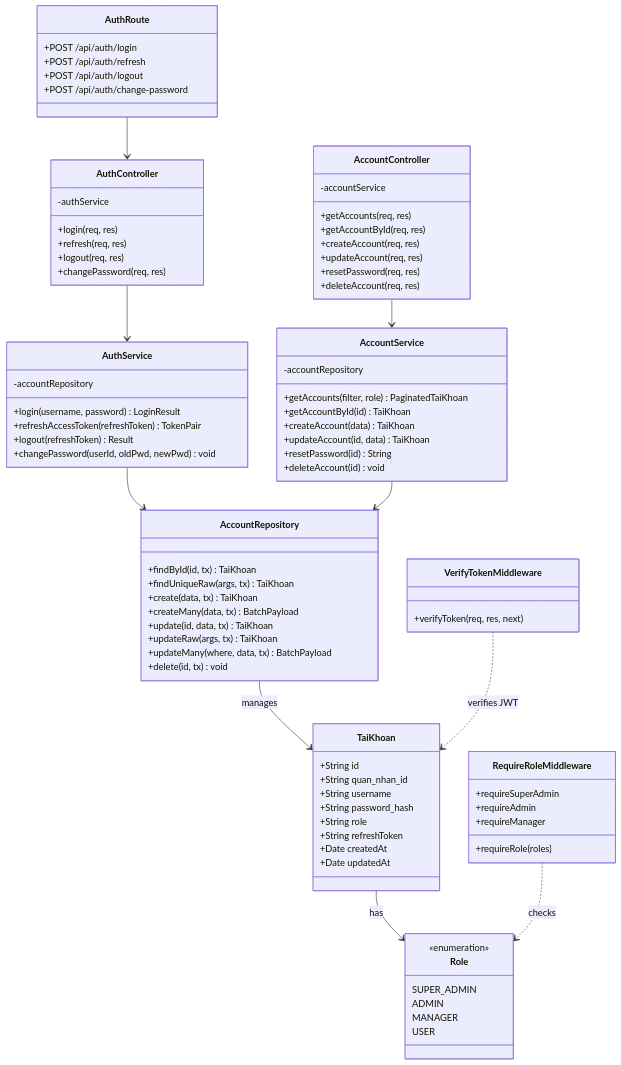
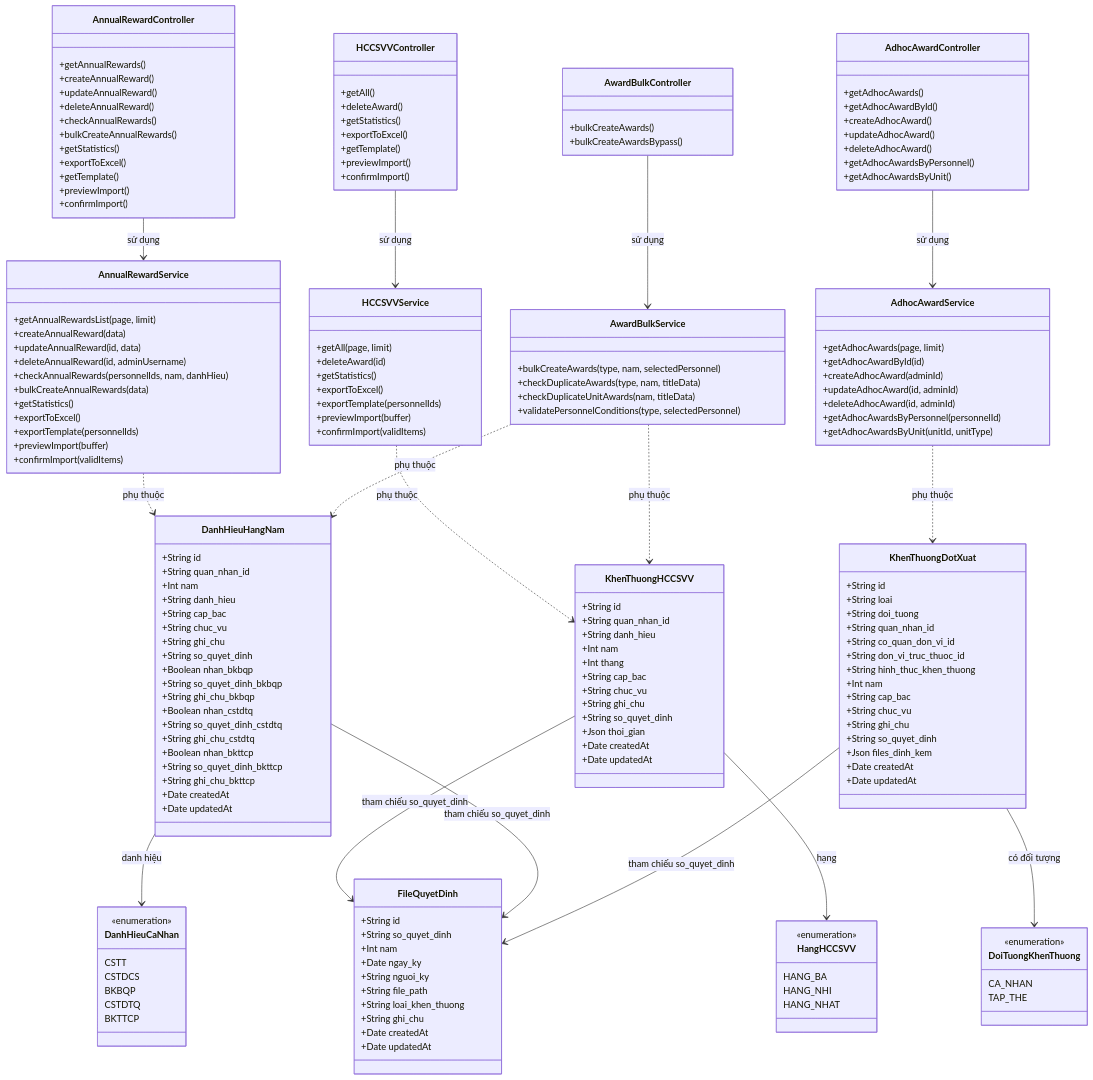
The fifth of 6 diagrams in docs/diagrams/04-class.md (tranducbk/DATN_PM_QLKT), drawn with Mermaid before and after one commit. The commit also changed other lines of this file and 123 other files, not shown here.

````diff
--- a/docs/diagrams/04-class.md
+++ b/docs/diagrams/04-class.md
@@ -348,96 +287,188 @@
 ```mermaid
 classDiagram
-    class TaiKhoan {
+    class DanhHieuHangNam {
         +String id
         +String quan_nhan_id
-        +String username
-        +String password_hash
-        +String role
-        +String refreshToken
+        +Int nam
+        +String danh_hieu
+        +String cap_bac
+        +String chuc_vu
+        +String ghi_chu
+        +String so_quyet_dinh
+        +Boolean nhan_bkbqp
+        +String so_quyet_dinh_bkbqp
+        +String ghi_chu_bkbqp
+        +Boolean nhan_cstdtq
+        +String so_quyet_dinh_cstdtq
+        +String ghi_chu_cstdtq
+        +Boolean nhan_bkttcp
+        +String so_quyet_dinh_bkttcp
+        +String ghi_chu_bkttcp
         +Date createdAt
         +Date updatedAt
     }
 
-    class Role {
-        <<enumeration>>
-        SUPER_ADMIN
-        ADMIN
-        MANAGER
-        USER
+    class KhenThuongHCCSVV {
+        +String id
+        +String quan_nhan_id
+        +String danh_hieu
+        +Int nam
+        +Int thang
+        +String cap_bac
+        +String chuc_vu
+        +String ghi_chu
+        +String so_quyet_dinh
+        +Json thoi_gian
+        +Date createdAt
+        +Date updatedAt
     }
 
-    class AuthRoute {
-        +POST /api/auth/login
-        +POST /api/auth/refresh
-        +POST /api/auth/logout
-        +POST /api/auth/change-password
+    class FileQuyetDinh {
+        +String id
+        +String so_quyet_dinh
+        +Int nam
+        +Date ngay_ky
+        +String nguoi_ky
+        +String file_path
+        +String loai_khen_thuong
+        +String ghi_chu
+        +Date createdAt
+        +Date updatedAt
     }
 
-    class AuthController {
-        -authService
-        +login(req, res)
-        +refresh(req, res)
-        +logout(req, res)
-        +changePassword(req, res)
+    class DanhHieuCaNhan {
+        <<enumeration>>
+        CSTT
+        CSTDCS
+        BKBQP
+        CSTDTQ
+        BKTTCP
     }
 
-    class AuthService {
-        -accountRepository
-        +login(username, password) LoginResult
-        +refreshAccessToken(refreshToken) TokenPair
-        +logout(refreshToken) Result
-        +changePassword(userId, oldPwd, newPwd) void
+    class HangHCCSVV {
+        <<enumeration>>
+        HANG_BA
+        HANG_NHI
+        HANG_NHAT
     }
 
-    class AccountController {
-        -accountService
-        +getAccounts(req, res)
-        +getAccountById(req, res)
-        +createAccount(req, res)
-        +updateAccount(req, res)
-        +resetPassword(req, res)
-        +deleteAccount(req, res)
+    class AnnualRewardController {
+        +getAnnualRewards()
+        +createAnnualReward()
+        +updateAnnualReward()
+        +deleteAnnualReward()
+        +checkAnnualRewards()
+        +bulkCreateAnnualRewards()
+        +getStatistics()
+        +exportToExcel()
+        +getTemplate()
+        +previewImport()
+        +confirmImport()
     }
 
-    class AccountService {
-        -accountRepository
-        +getAccounts(filter, role) PaginatedTaiKhoan
-        +getAccountById(id) TaiKhoan
-        +createAccount(data) TaiKhoan
-        +updateAccount(id, data) TaiKhoan
-        +resetPassword(id) String
-        +deleteAccount(id) void
+    class AnnualRewardService {
+        +getAnnualRewardsList(page, limit)
+        +createAnnualReward(data)
+        +updateAnnualReward(id, data)
+        +deleteAnnualReward(id, adminUsername)
+        +checkAnnualRewards(personnelIds, nam, danhHieu)
+        +bulkCreateAnnualRewards(data)
+        +getStatistics()
+        +exportToExcel()
+        +exportTemplate(personnelIds)
+        +previewImport(buffer)
+        +confirmImport(validItems)
     }
 
-    class AccountRepository {
-        +findById(id, tx) TaiKhoan
-        +findUniqueRaw(args, tx) TaiKhoan
-        +create(data, tx) TaiKhoan
-        +createMany(data, tx) BatchPayload
-        +update(id, data, tx) TaiKhoan
-        +updateRaw(args, tx) TaiKhoan
-        +updateMany(where, data, tx) BatchPayload
-        +delete(id, tx) void
+    class HCCSVVController {
+        +getAll()
+        +deleteAward()
+        +getStatistics()
+        +exportToExcel()
+        +getTemplate()
+        +previewImport()
+        +confirmImport()
     }
 
-    class VerifyTokenMiddleware {
-        +verifyToken(req, res, next)
+    class HCCSVVService {
+        +getAll(page, limit)
+        +deleteAward(id)
+        +getStatistics()
+        +exportToExcel()
+        +exportTemplate(personnelIds)
+        +previewImport(buffer)
+        +confirmImport(validItems)
     }
 
-    class RequireRoleMiddleware {
-        +requireSuperAdmin
-        +requireAdmin
-        +requireManager
-        +requireRole(roles)
+    class AwardBulkController {
+        +bulkCreateAwards()
+        +bulkCreateAwardsBypass()
     }
 
-    TaiKhoan --> Role : has
-    AuthRoute --> AuthController
-    AuthController --> AuthService
-    AuthService --> AccountRepository
-    AccountController --> AccountService
-    AccountService --> AccountRepository
-    AccountRepository --> TaiKhoan : manages
-    VerifyTokenMiddleware ..> TaiKhoan : verifies JWT
-    RequireRoleMiddleware ..> Role : checks
+    class AwardBulkService {
+        +bulkCreateAwards(type, nam, selectedPersonnel)
+        +checkDuplicateAwards(type, nam, titleData)
+        +checkDuplicateUnitAwards(nam, titleData)
+        +validatePersonnelConditions(type, selectedPersonnel)
+    }
+
+    class KhenThuongDotXuat {
+        +String id
+        +String loai
+        +String doi_tuong
+        +String quan_nhan_id
+        +String co_quan_don_vi_id
+        +String don_vi_truc_thuoc_id
+        +String hinh_thuc_khen_thuong
+        +Int nam
+        +String cap_bac
+        +String chuc_vu
+        +String ghi_chu
+        +String so_quyet_dinh
+        +Json files_dinh_kem
+        +Date createdAt
+        +Date updatedAt
+    }
+
+    class DoiTuongKhenThuong {
+        <<enumeration>>
+        CA_NHAN
+        TAP_THE
+    }
+
+    class AdhocAwardController {
+        +getAdhocAwards()
+        +getAdhocAwardById()
+        +createAdhocAward()
+        +updateAdhocAward()
+        +deleteAdhocAward()
+        +getAdhocAwardsByPersonnel()
+        +getAdhocAwardsByUnit()
+    }
+
+    class AdhocAwardService {
+        +getAdhocAwards(page, limit)
+        +getAdhocAwardById(id)
+        +createAdhocAward(adminId)
+        +updateAdhocAward(id, adminId)
+        +deleteAdhocAward(id, adminId)
+        +getAdhocAwardsByPersonnel(personnelId)
+        +getAdhocAwardsByUnit(unitId, unitType)
+    }
+
+    DanhHieuHangNam --> DanhHieuCaNhan : danh hiệu
+    KhenThuongHCCSVV --> HangHCCSVV : hạng
+    KhenThuongHCCSVV --> FileQuyetDinh : tham chiếu so_quyet_dinh
+    DanhHieuHangNam --> FileQuyetDinh : tham chiếu so_quyet_dinh
+    KhenThuongDotXuat --> DoiTuongKhenThuong : có đối tượng
+    KhenThuongDotXuat --> FileQuyetDinh : tham chiếu so_quyet_dinh
+    AnnualRewardController --> AnnualRewardService : sử dụng
+    HCCSVVController --> HCCSVVService : sử dụng
+    AwardBulkController --> AwardBulkService : sử dụng
+    AdhocAwardController --> AdhocAwardService : sử dụng
+    AnnualRewardService ..> DanhHieuHangNam : phụ thuộc
+    HCCSVVService ..> KhenThuongHCCSVV : phụ thuộc
+    AwardBulkService ..> DanhHieuHangNam : phụ thuộc
+    AwardBulkService ..> KhenThuongHCCSVV : phụ thuộc
+    AdhocAwardService ..> KhenThuongDotXuat : phụ thuộc
 ```
````
